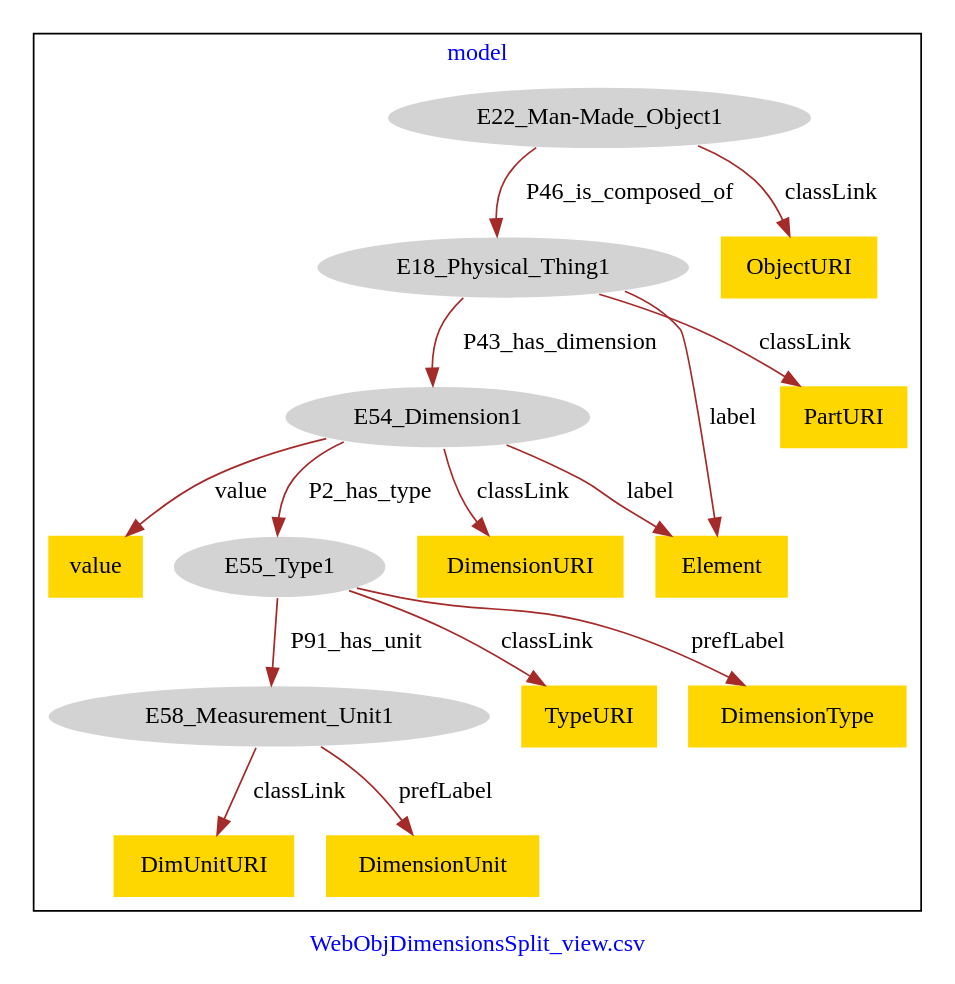
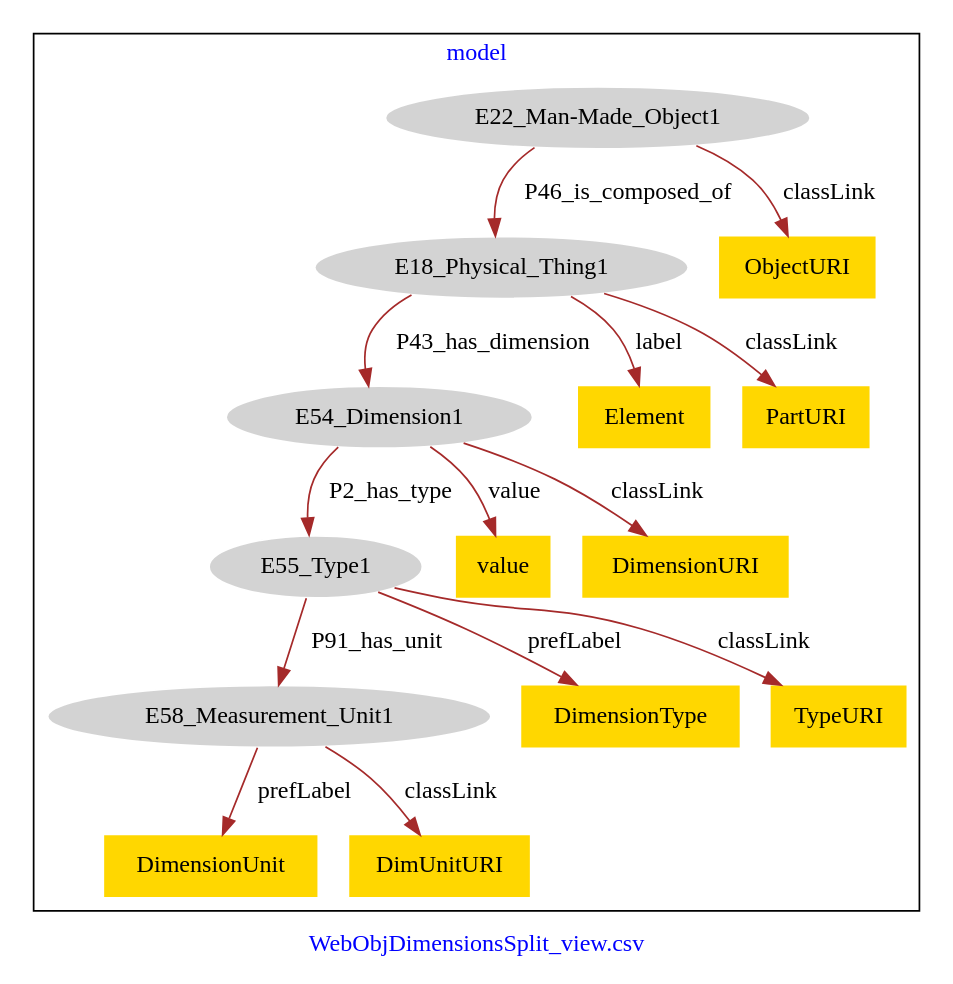
Before and after one commit to american-art/SAAM: the diagram in WebObjDimensionsSplit_view/WebObjDimensionsSplit_view-model.dot, drawn with Graphviz.

Commit message:
Update file WebObjDimensionsSplit_view-model.dot

```diff
--- a/WebObjDimensionsSplit_view/WebObjDimensionsSplit_view-model.dot
+++ b/WebObjDimensionsSplit_view/WebObjDimensionsSplit_view-model.dot
@@ -1,36 +1,35 @@
 digraph n0 {
 fontcolor="blue"
 remincross="true"
 label="WebObjDimensionsSplit_view.csv"
 subgraph cluster {
 label="model"
 n2[style="filled",color="white",fillcolor="lightgray",label="E18_Physical_Thing1"];
 n3[style="filled",color="white",fillcolor="lightgray",label="E54_Dimension1"];
 n4[style="filled",color="white",fillcolor="lightgray",label="E22_Man-Made_Object1"];
 n5[style="filled",color="white",fillcolor="lightgray",label="E55_Type1"];
 n6[style="filled",color="white",fillcolor="lightgray",label="E58_Measurement_Unit1"];
-n7[shape="plaintext",style="filled",fillcolor="gold",label="DimensionURI"];
-n8[shape="plaintext",style="filled",fillcolor="gold",label="TypeURI"];
-n9[shape="plaintext",style="filled",fillcolor="gold",label="Element"];
-n10[shape="plaintext",style="filled",fillcolor="gold",label="ObjectURI"];
-n11[shape="plaintext",style="filled",fillcolor="gold",label="value"];
-n12[shape="plaintext",style="filled",fillcolor="gold",label="DimUnitURI"];
-n13[shape="plaintext",style="filled",fillcolor="gold",label="DimensionUnit"];
-n14[shape="plaintext",style="filled",fillcolor="gold",label="DimensionType"];
-n15[shape="plaintext",style="filled",fillcolor="gold",label="PartURI"];
+n7[shape="plaintext",style="filled",fillcolor="gold",label="DimensionType"];
+n8[shape="plaintext",style="filled",fillcolor="gold",label="Element"];
+n9[shape="plaintext",style="filled",fillcolor="gold",label="value"];
+n10[shape="plaintext",style="filled",fillcolor="gold",label="DimensionURI"];
+n11[shape="plaintext",style="filled",fillcolor="gold",label="ObjectURI"];
+n12[shape="plaintext",style="filled",fillcolor="gold",label="DimensionUnit"];
+n13[shape="plaintext",style="filled",fillcolor="gold",label="PartURI"];
+n14[shape="plaintext",style="filled",fillcolor="gold",label="DimUnitURI"];
+n15[shape="plaintext",style="filled",fillcolor="gold",label="TypeURI"];
 }
 n2 -> n3[color="brown",fontcolor="black",label="P43_has_dimension"]
 n4 -> n2[color="brown",fontcolor="black",label="P46_is_composed_of"]
 n3 -> n5[color="brown",fontcolor="black",label="P2_has_type"]
 n5 -> n6[color="brown",fontcolor="black",label="P91_has_unit"]
-n3 -> n7[color="brown",fontcolor="black",label="classLink"]
-n5 -> n8[color="brown",fontcolor="black",label="classLink"]
-n3 -> n9[color="brown",fontcolor="black",label="label"]
-n4 -> n10[color="brown",fontcolor="black",label="classLink"]
-n3 -> n11[color="brown",fontcolor="black",label="value"]
-n6 -> n12[color="brown",fontcolor="black",label="classLink"]
-n6 -> n13[color="brown",fontcolor="black",label="prefLabel"]
-n5 -> n14[color="brown",fontcolor="black",label="prefLabel"]
-n2 -> n15[color="brown",fontcolor="black",label="classLink"]
-n2 -> n9[color="brown",fontcolor="black",label="label"]
+n5 -> n7[color="brown",fontcolor="black",label="prefLabel"]
+n2 -> n8[color="brown",fontcolor="black",label="label"]
+n3 -> n9[color="brown",fontcolor="black",label="value"]
+n3 -> n10[color="brown",fontcolor="black",label="classLink"]
+n4 -> n11[color="brown",fontcolor="black",label="classLink"]
+n6 -> n12[color="brown",fontcolor="black",label="prefLabel"]
+n2 -> n13[color="brown",fontcolor="black",label="classLink"]
+n6 -> n14[color="brown",fontcolor="black",label="classLink"]
+n5 -> n15[color="brown",fontcolor="black",label="classLink"]
 }
```
